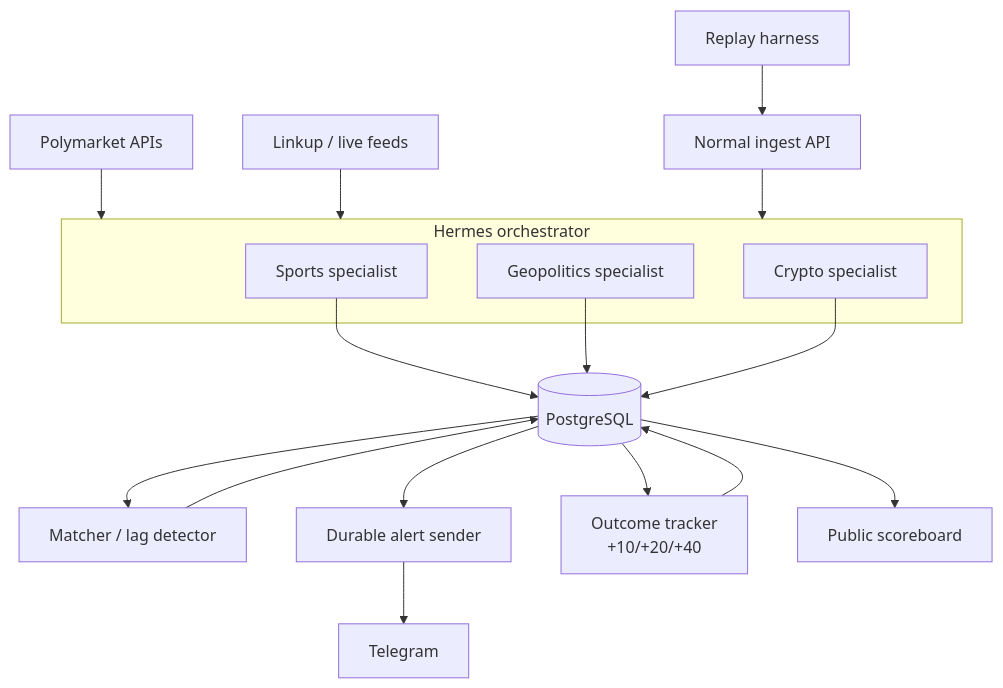
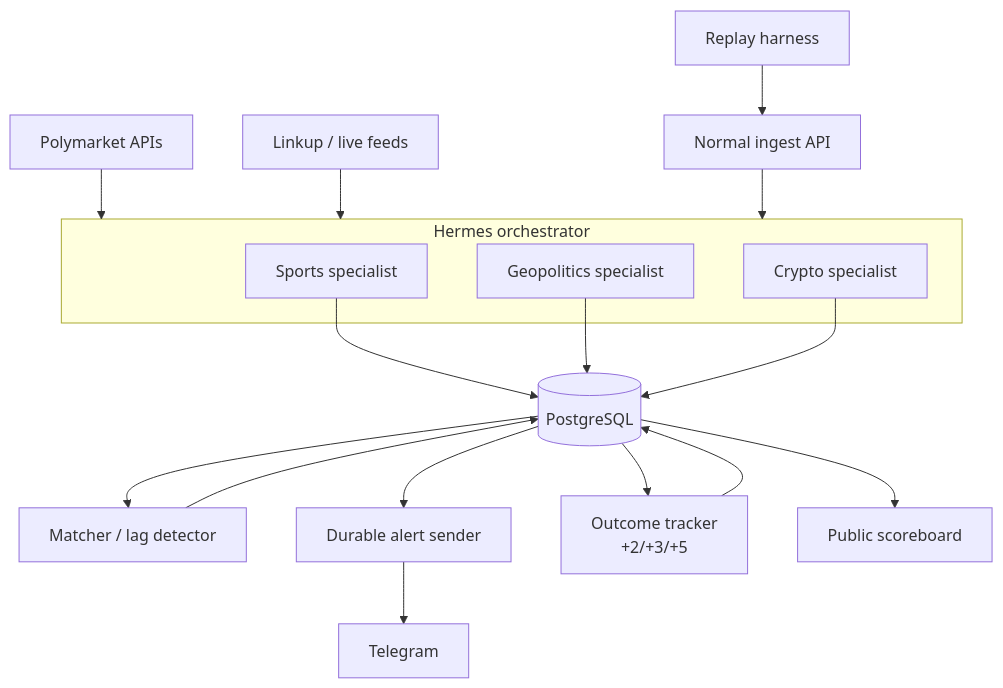
The diagram in docs/README.md (Mcverickk/money-scouts), drawn with Mermaid before and after one commit. The commit also changed other lines of this file and 14 other files, not shown here.

First line of the commit message:
Implement outcome tracker with shortened +2/+3/+5 minute horizons

````diff
--- a/docs/README.md
+++ b/docs/README.md
@@ -24,19 +24,19 @@
 ```mermaid
 flowchart TD
     PM["Polymarket APIs"] --> H
     NEWS["Linkup / live feeds"] --> H
     subgraph H["Hermes orchestrator"]
       S["Sports specialist"]
       G["Geopolitics specialist"]
       C["Crypto specialist"]
     end
     S --> DB[(PostgreSQL)]
     G --> DB
     C --> DB
     DB --> M["Matcher / lag detector"]
     M --> DB
     DB --> A["Durable alert sender"] --> TG["Telegram"]
-    DB --> T["Outcome tracker<br/>+10/+20/+40"] --> DB
+    DB --> T["Outcome tracker<br/>+2/+3/+5"] --> DB
     DB --> SCORE["Public scoreboard"]
     R["Replay harness"] --> API["Normal ingest API"] --> H
 ```
````
